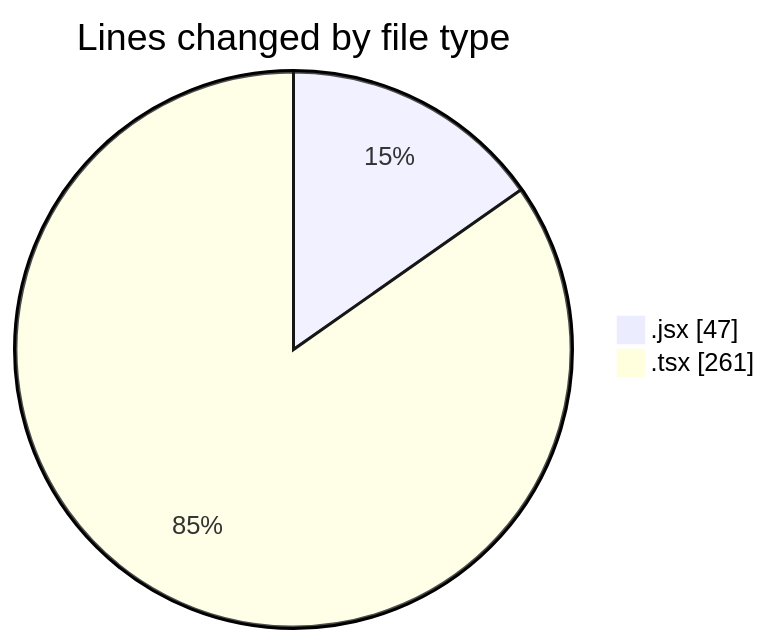
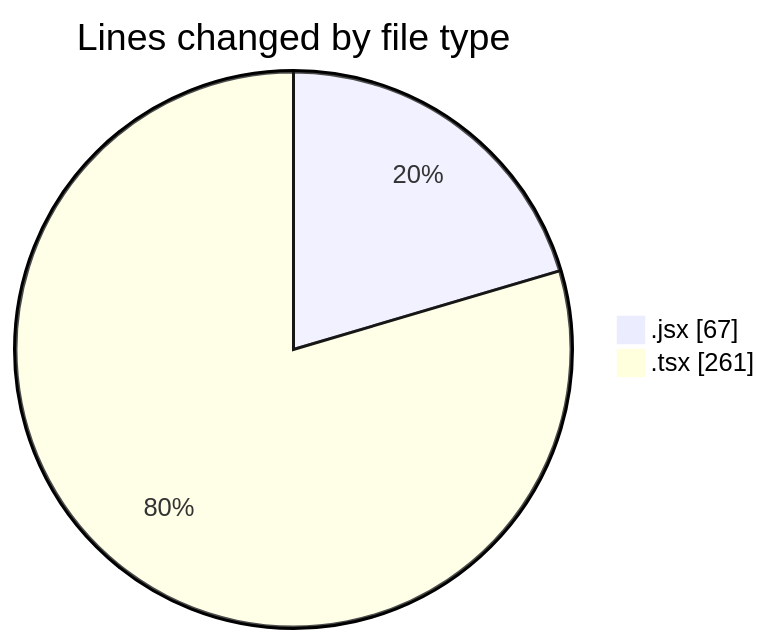
One commit to momahboobian/code-tracking changed the first of 2 diagrams in 2026-02-11/cda/README.md. Above: the diagram before and after it, drawn with Mermaid. The commit also changed other lines of this file and 1 other file, not shown here.

````diff
--- a/2026-02-11/cda/README.md
+++ b/2026-02-11/cda/README.md
@@ -21,6 +21,6 @@
 ```mermaid
 pie showData
 title Lines changed by file type
-".jsx" : 47
+".jsx" : 67
 ".tsx" : 261
 ```
````
